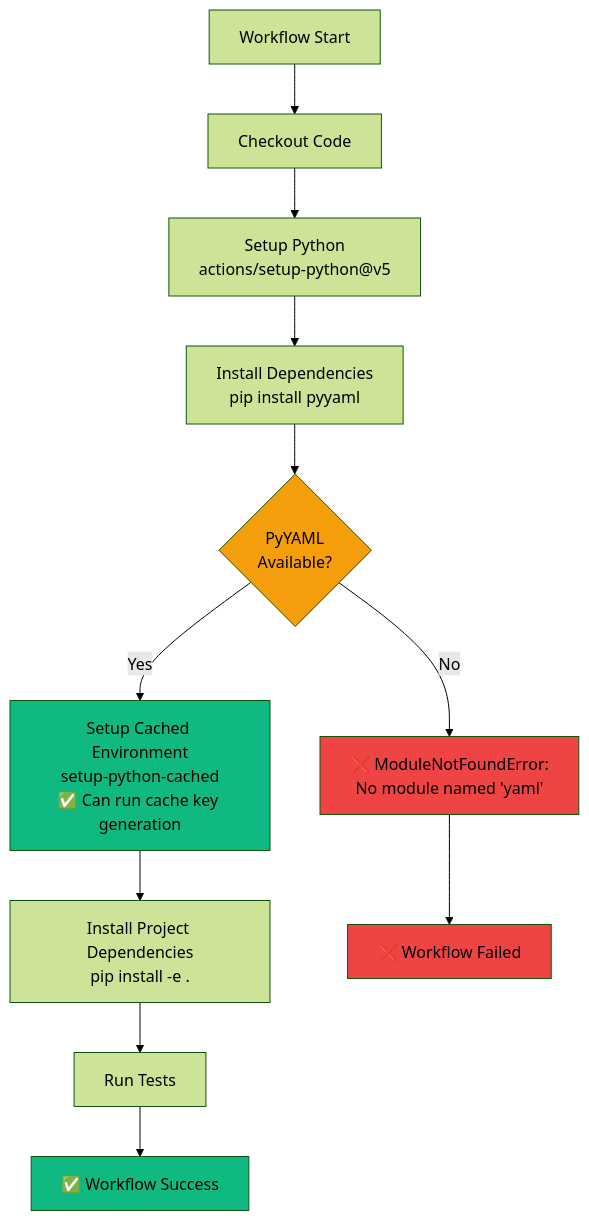
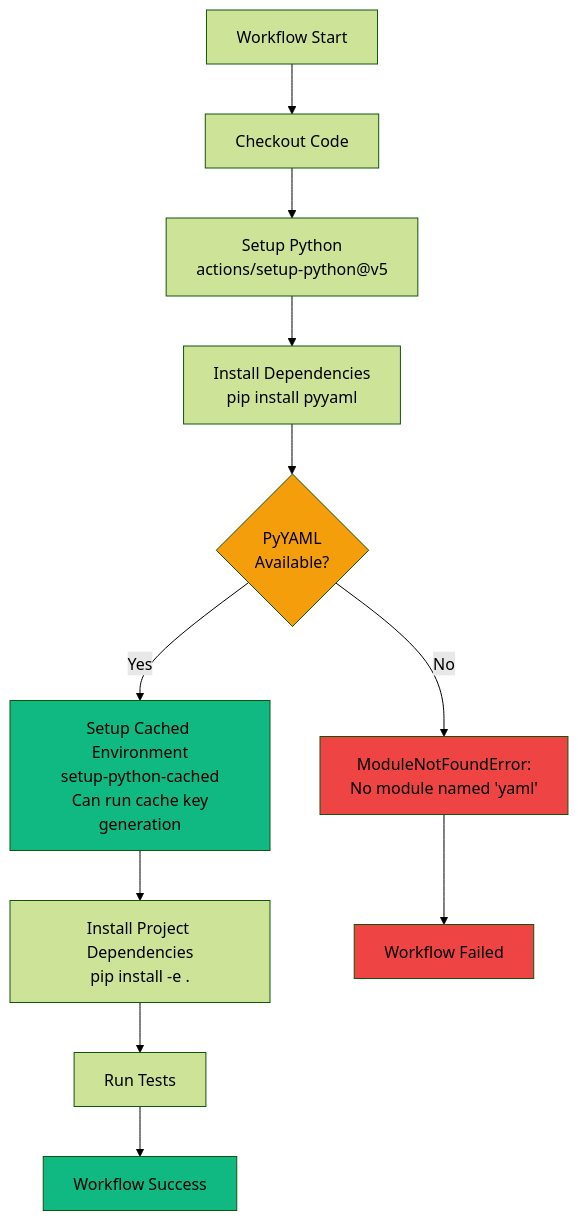
The fifth of 13 diagrams in docs/guides/REPOSITORY_ARCHITECTURE_DIAGRAMS.md (Aries-Serpent/_codex_), drawn with Mermaid (forest theme) before and after one commit. The commit also changed other lines of this file and 2029 other files, not shown here.

````diff
--- a/docs/guides/REPOSITORY_ARCHITECTURE_DIAGRAMS.md
+++ b/docs/guides/REPOSITORY_ARCHITECTURE_DIAGRAMS.md
@@ -295,29 +297,29 @@
 ```mermaid
 %%{init: {'accessibility': {'title': 'Flowchart showing Workflow Start, Checkout Code'}}%%
 flowchart TD
     START[Workflow Start] --> CHECKOUT[Checkout Code]
 
     CHECKOUT --> SETUP_PY[Setup Python<br/>actions/setup-python@v5]
 
     SETUP_PY --> INSTALL_DEPS[Install Dependencies<br/>pip install pyyaml]
 
     INSTALL_DEPS --> CHECK{PyYAML<br/>Available?}
 
-    CHECK -->|Yes| CUSTOM_CACHE[Setup Cached Environment<br/>setup-python-cached<br/>✅ Can run cache key generation]
+    CHECK -->|Yes| CUSTOM_CACHE[Setup Cached Environment<br/>setup-python-cached<br/> Can run cache key generation]
 
-    CHECK -->|No| ERROR[❌ ModuleNotFoundError:<br/>No module named 'yaml']
+    CHECK -->|No| ERROR[ ModuleNotFoundError:<br/>No module named 'yaml']
 
     CUSTOM_CACHE --> INSTALL_PROJECT[Install Project Dependencies<br/>pip install -e .]
 
     INSTALL_PROJECT --> RUN_TESTS[Run Tests]
 
-    RUN_TESTS --> SUCCESS[✅ Workflow Success]
+    RUN_TESTS --> SUCCESS[ Workflow Success]
 
-    ERROR --> FAIL[❌ Workflow Failed]
+    ERROR --> FAIL[ Workflow Failed]
 
     style CHECK fill:#f59e0b
     style CUSTOM_CACHE fill:#10b981
     style ERROR fill:#ef4444
     style SUCCESS fill:#10b981
     style FAIL fill:#ef4444
 ```
````
